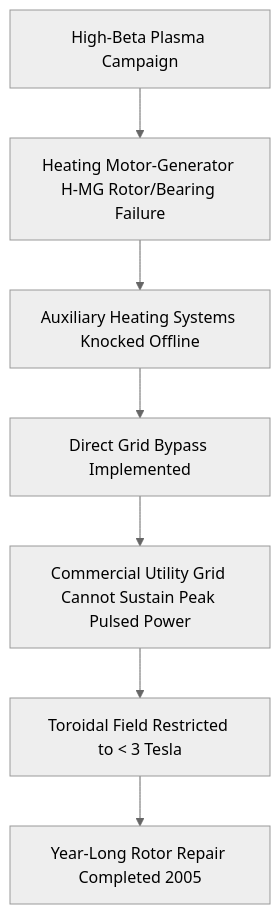
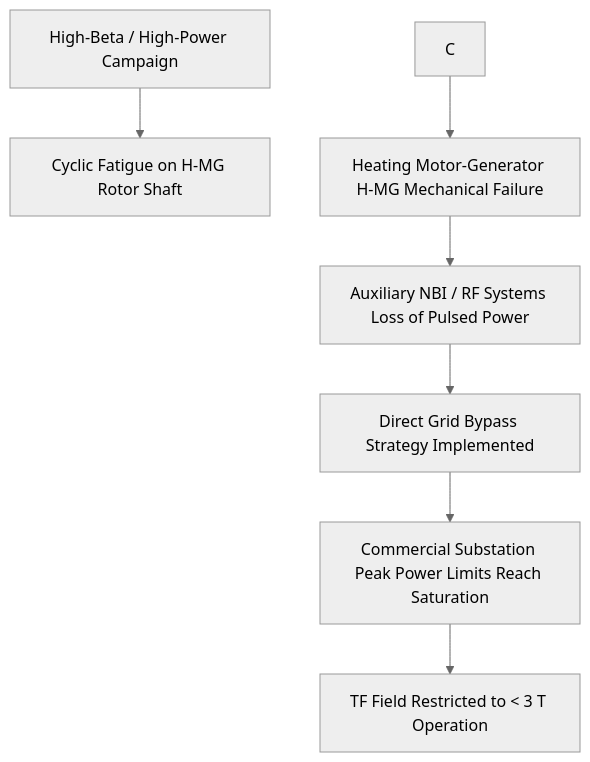
Before and after one commit to catskillsresearch/fusion_reactor_component_failures: the fourth of 6 diagrams in arxiv.md, drawn with Mermaid (neutral theme). The commit also changed other lines of this file and 13 other files, not shown here.

````diff
--- a/arxiv.md
+++ b/arxiv.md
@@ -119,9 +118,9 @@
 ```mermaid
 graph TD
-    A[High-Beta Plasma Campaign] --> B[Heating Motor-Generator H-MG Rotor/Bearing Failure]
-    B --> C[Auxiliary Heating Systems Knocked Offline]
-    C --> D[Direct Grid Bypass Implemented]
-    D --> E[Commercial Utility Grid Cannot Sustain Peak Pulsed Power]
-    E --> F[Toroidal Field Restricted to < 3 Tesla]
-    F --> G[Year-Long Rotor Repair Completed 2005]
+    A[High-Beta / High-Power Campaign] --> B[Cyclic Fatigue on H-MG Rotor Shaft]
+    C --> D[Heating Motor-Generator H-MG Mechanical Failure]
+    D --> E[Auxiliary NBI / RF Systems Loss of Pulsed Power]
+    E --> F[Direct Grid Bypass Strategy Implemented]
+    F --> G[Commercial Substation Peak Power Limits Reach Saturation]
+    G --> H[TF Field Restricted to < 3 T Operation]
 ```
````
